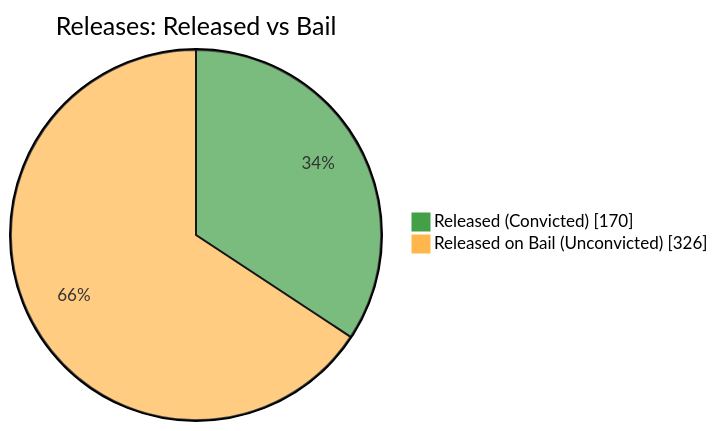
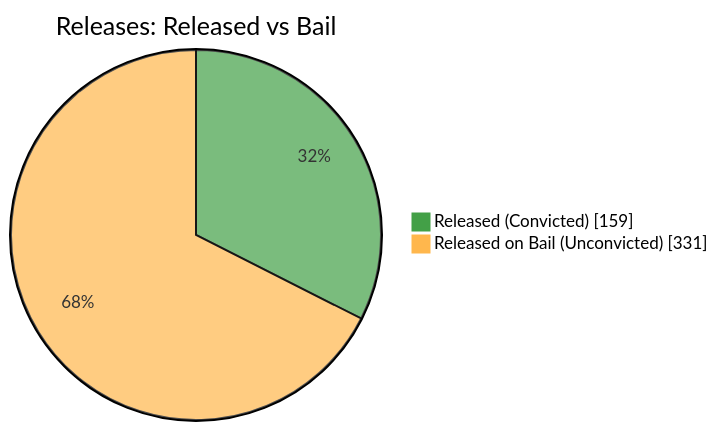
The fifth of 7 diagrams in README.md (nuuuwan/lk_prisons), drawn with Mermaid before and after one commit. The commit also changed other lines of this file and 1 other file, not shown here.

````diff
--- a/README.md
+++ b/README.md
@@ -87,6 +87,6 @@
 ```mermaid
 %%{init: {'themeVariables': {'pie1': '#43A047', 'pie2': '#FFB74D'}}}%%
 pie showData title Releases: Released vs Bail
-    "Released (Convicted)" : 170
-    "Released on Bail (Unconvicted)" : 326
+    "Released (Convicted)" : 159
+    "Released on Bail (Unconvicted)" : 331
 ```
````
